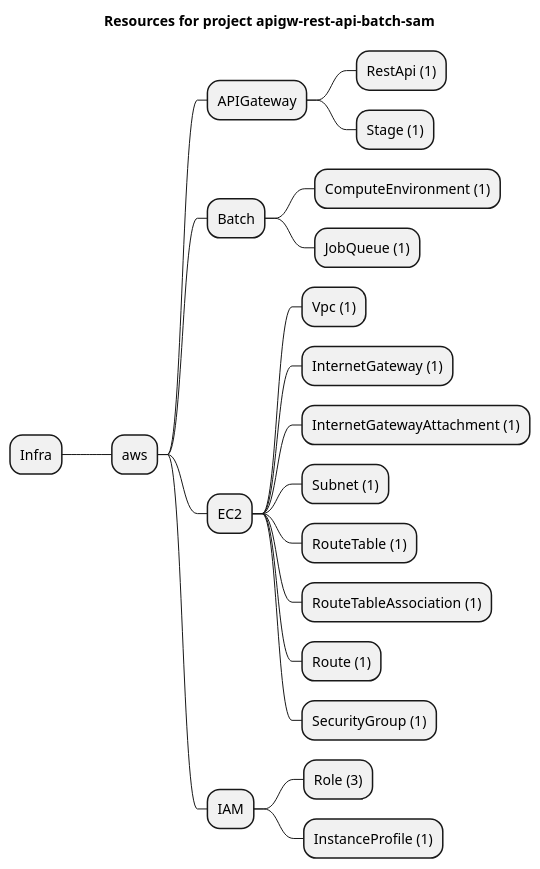
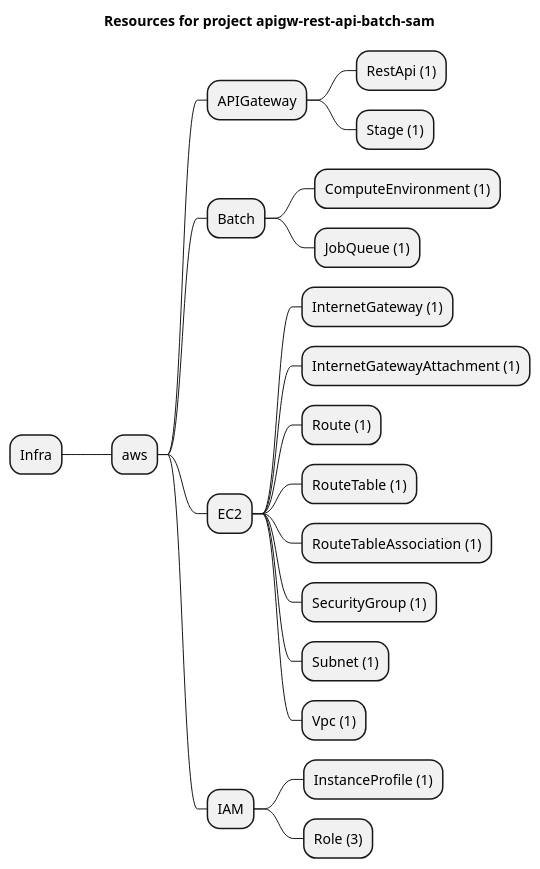
One commit to grucloud/grucloud changed the diagram in examples/aws/Batch/apigw-rest-api-batch-sam/artifacts/resources-mindmap.puml. Above: the diagram before and after it, drawn with PlantUML. The commit also changed other lines of this file and 19 other files, not shown here.

```diff
--- a/examples/aws/Batch/apigw-rest-api-batch-sam/artifacts/resources-mindmap.puml
+++ b/examples/aws/Batch/apigw-rest-api-batch-sam/artifacts/resources-mindmap.puml
@@ -1,24 +1,24 @@
 @startmindmap
 title Resources for project apigw-rest-api-batch-sam
 skinparam monochrome true
 + Infra
 ++ aws
 +++ APIGateway
 ++++ RestApi (1)
 ++++ Stage (1)
 +++ Batch
 ++++ ComputeEnvironment (1)
 ++++ JobQueue (1)
 +++ EC2
-++++ Vpc (1)
 ++++ InternetGateway (1)
 ++++ InternetGatewayAttachment (1)
-++++ Subnet (1)
+++++ Route (1)
 ++++ RouteTable (1)
 ++++ RouteTableAssociation (1)
-++++ Route (1)
 ++++ SecurityGroup (1)
+++++ Subnet (1)
+++++ Vpc (1)
 +++ IAM
+++++ InstanceProfile (1)
 ++++ Role (3)
-++++ InstanceProfile (1)
 @endmindmap
```
